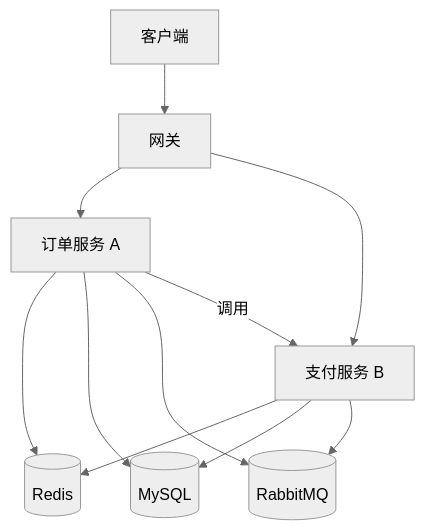
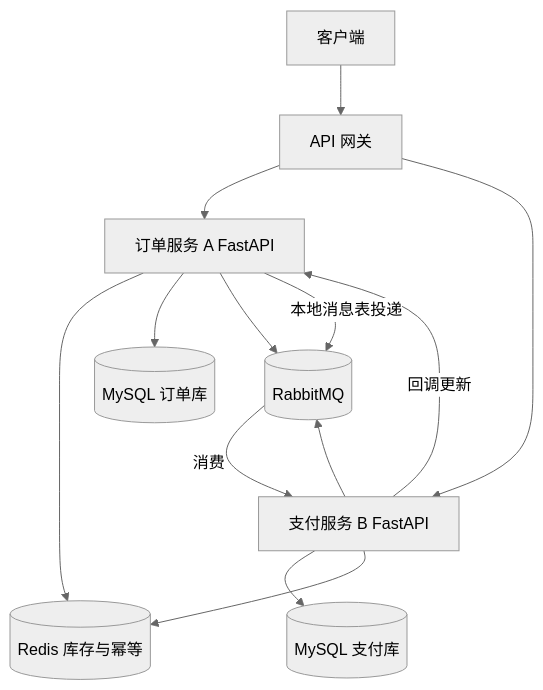
Before and after one commit to xiaobo1997/programmer-knowledge-graph: the first of 6 diagrams in docs/backend/python/use-python/整合层/Python企业级微服务Demo/1_订单支付微服务Demo-整合.md, drawn with Mermaid (neutral theme). The commit also changed other lines of this file and 56 other files, not shown here.

````diff
--- a/docs/backend/python/use-python/整合层/Python企业级微服务Demo/1_订单支付微服务Demo-整合.md
+++ b/docs/backend/python/use-python/整合层/Python企业级微服务Demo/1_订单支付微服务Demo-整合.md
@@ -19,13 +27,15 @@
 ```mermaid
 graph TD
-    Client[客户端] --> GW[网关]
-    GW --> A[订单服务 A]
-    GW --> B[支付服务 B]
-    A --> Redis[(Redis)]
-    A --> MySQL[(MySQL)]
-    A --> MQ[(RabbitMQ)]
-    B --> Redis
-    B --> MySQL
-    B --> MQ
-    A -- 调用 --> B
+    Client[客户端] --> GW[API 网关]
+    GW --> A[订单服务 A FastAPI]
+    GW --> B[支付服务 B FastAPI]
+    A --> R[(Redis 库存与幂等)]
+    A --> M[(MySQL 订单库)]
+    A --> Q[(RabbitMQ)]
+    B --> M2[(MySQL 支付库)]
+    B --> R
+    B --> Q
+    A -- 本地消息表投递 --> Q
+    Q -- 消费 --> B
+    B -- 回调更新 --> A
 ```
````
